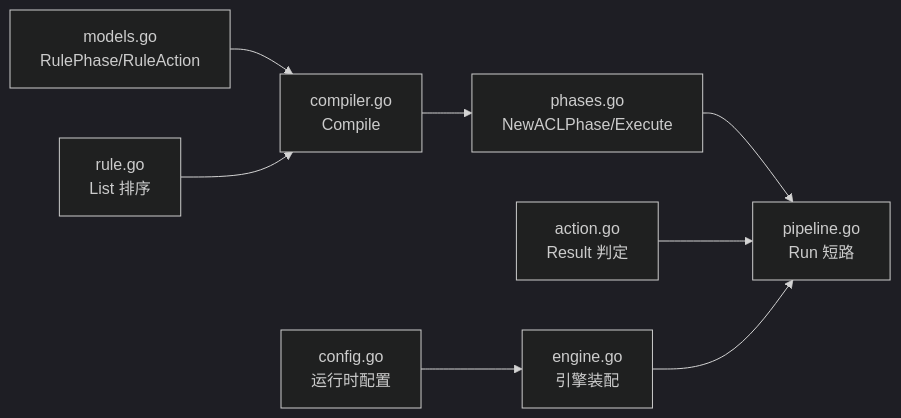
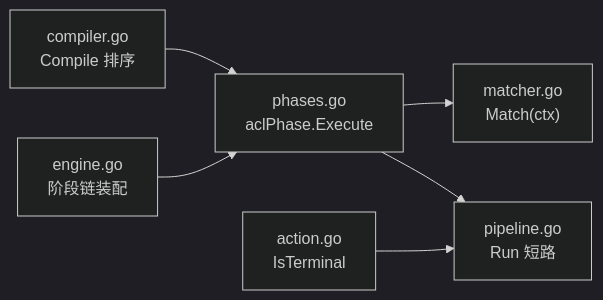
The fifth of 5 diagrams in docs/WAF 引擎系统/处理阶段详解/ACL 访问控制阶段.md (x01n/My-OpenWaf), drawn with Mermaid (dark theme) before and after one commit. The commit also changed other lines of this file and 622 other files, not shown here.

````diff
--- a/docs/WAF 引擎系统/处理阶段详解/ACL 访问控制阶段.md
+++ b/docs/WAF 引擎系统/处理阶段详解/ACL 访问控制阶段.md
@@ -295,10 +268,8 @@
 ```mermaid
 graph LR
-M["models.go<br/>RulePhase/RuleAction"] --> C["compiler.go<br/>Compile"]
-R["rule.go<br/>List 排序"] --> C
-C --> P["phases.go<br/>NewACLPhase/Execute"]
+C["compiler.go<br/>Compile 排序"] --> P["phases.go<br/>aclPhase.Execute"]
+P --> M["matcher.go<br/>Match(ctx)"]
+E["engine.go<br/>阶段链装配"] --> P
 P --> L["pipeline.go<br/>Run 短路"]
-A["action.go<br/>Result 判定"] --> L
-CFG["config.go<br/>运行时配置"] --> E["engine.go<br/>引擎装配"]
-E --> L
+A["action.go<br/>IsTerminal"] --> L
 ```
````
